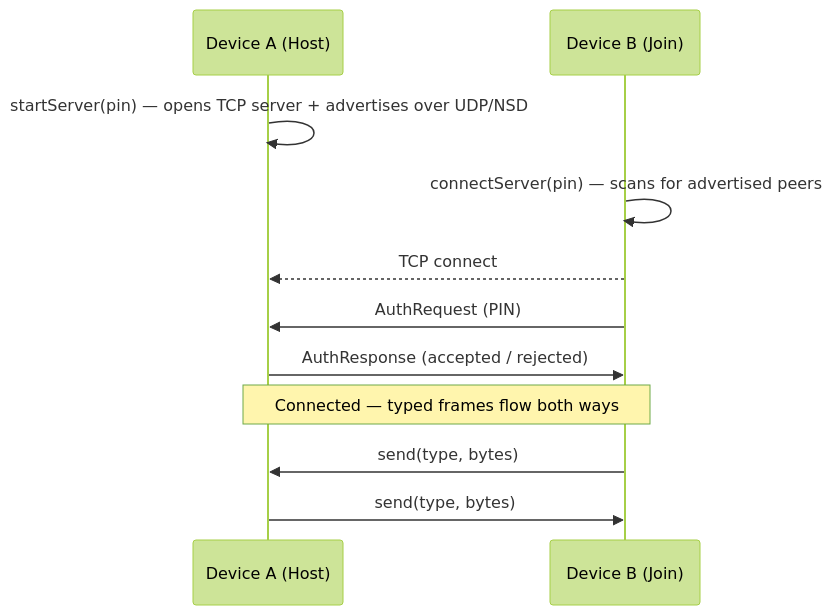
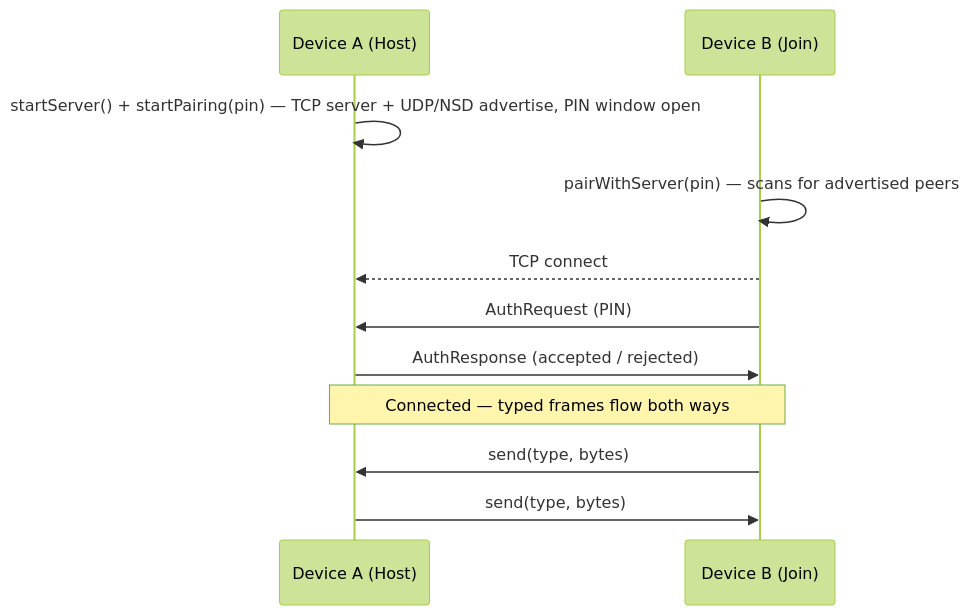
One commit to yangwuan55/LanLink changed the diagram in README.md. Above: the diagram before and after it, drawn with Mermaid (forest theme). The commit also changed other lines of this file and 36 other files, not shown here.

````diff
--- a/README.md
+++ b/README.md
@@ -38,13 +38,13 @@
 ```mermaid
 sequenceDiagram
     participant A as Device A (Host)
     participant B as Device B (Join)
-    A->>A: startServer(pin) — opens TCP server + advertises over UDP/NSD
-    B->>B: connectServer(pin) — scans for advertised peers
+    A->>A: startServer() + startPairing(pin) — TCP server + UDP/NSD advertise, PIN window open
+    B->>B: pairWithServer(pin) — scans for advertised peers
     B-->>A: TCP connect
     B->>A: AuthRequest (PIN)
     A->>B: AuthResponse (accepted / rejected)
     Note over A,B: Connected — typed frames flow both ways
     B->>A: send(type, bytes)
     A->>B: send(type, bytes)
 ```
````
